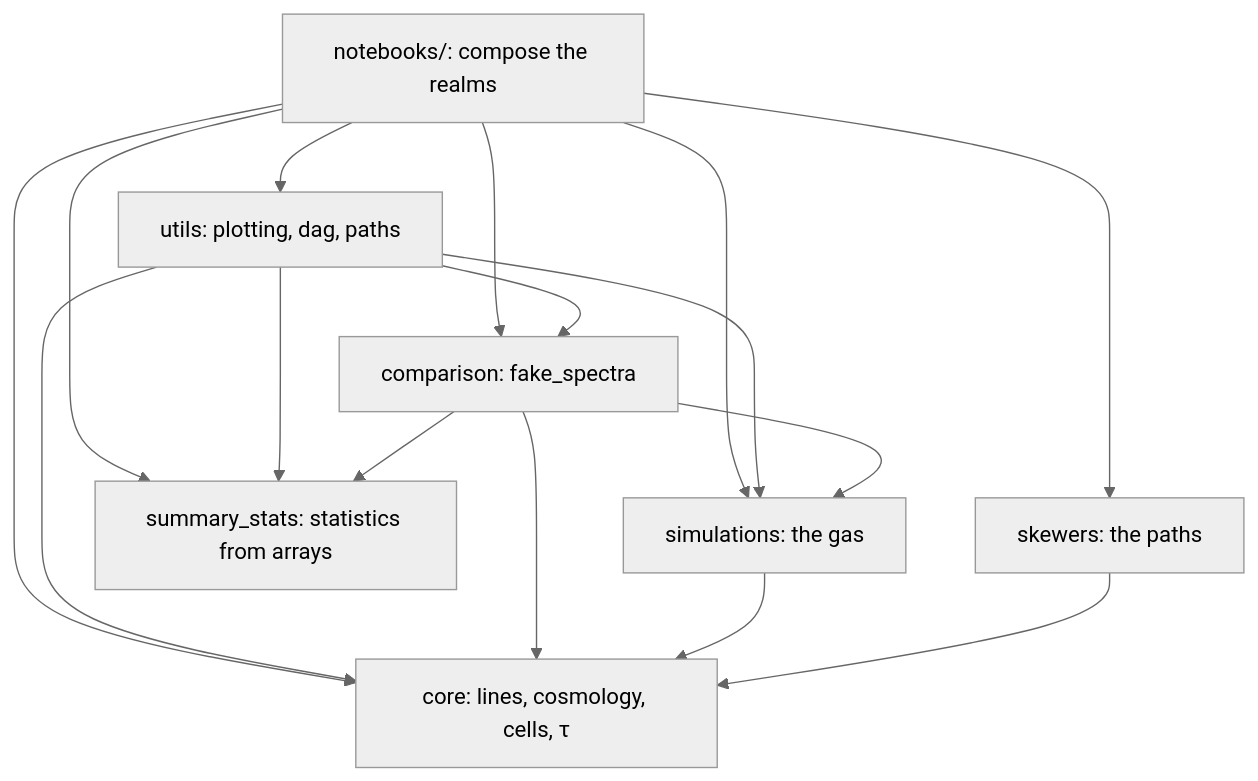
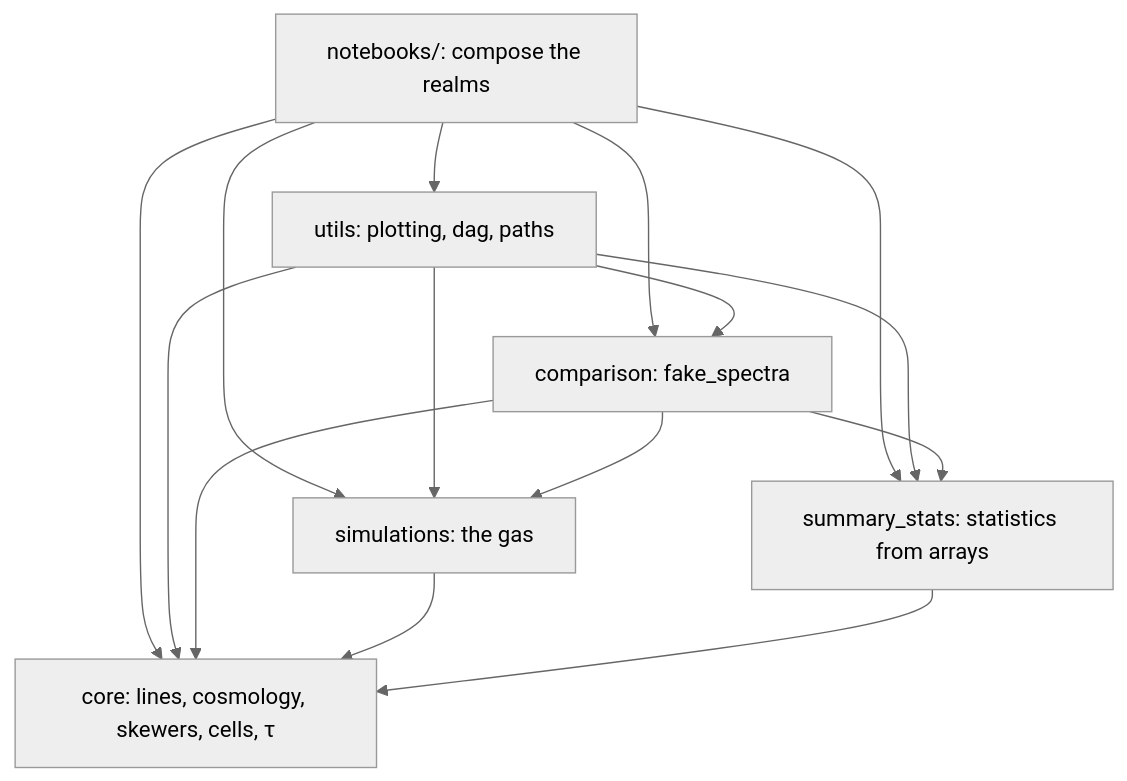
The first of 3 diagrams in README.md (daniellopezcano/SkewerJAX), drawn with Mermaid (neutral theme) before and after one commit. The commit also changed other lines of this file and 55 other files, not shown here.

````diff
--- a/README.md
+++ b/README.md
@@ -47,25 +48,23 @@
 ```mermaid
 flowchart TB
     notebooks["notebooks/: compose the realms"]
     utils["utils: plotting, dag, paths"]
     comparison["comparison: fake_spectra"]
     simulations["simulations: the gas"]
-    skewers["skewers: the paths"]
     summary_stats["summary_stats: statistics from arrays"]
-    core["core: lines, cosmology, cells, τ"]
+    core["core: lines, cosmology, skewers, cells, τ"]
     notebooks --> utils
     notebooks --> comparison
     notebooks --> simulations
-    notebooks --> skewers
     notebooks --> summary_stats
     notebooks --> core
     utils --> comparison
     utils --> simulations
     utils --> summary_stats
     utils --> core
     comparison --> simulations
     comparison --> summary_stats
     comparison --> core
     simulations --> core
-    skewers --> core
+    summary_stats --> core
 ```
````
